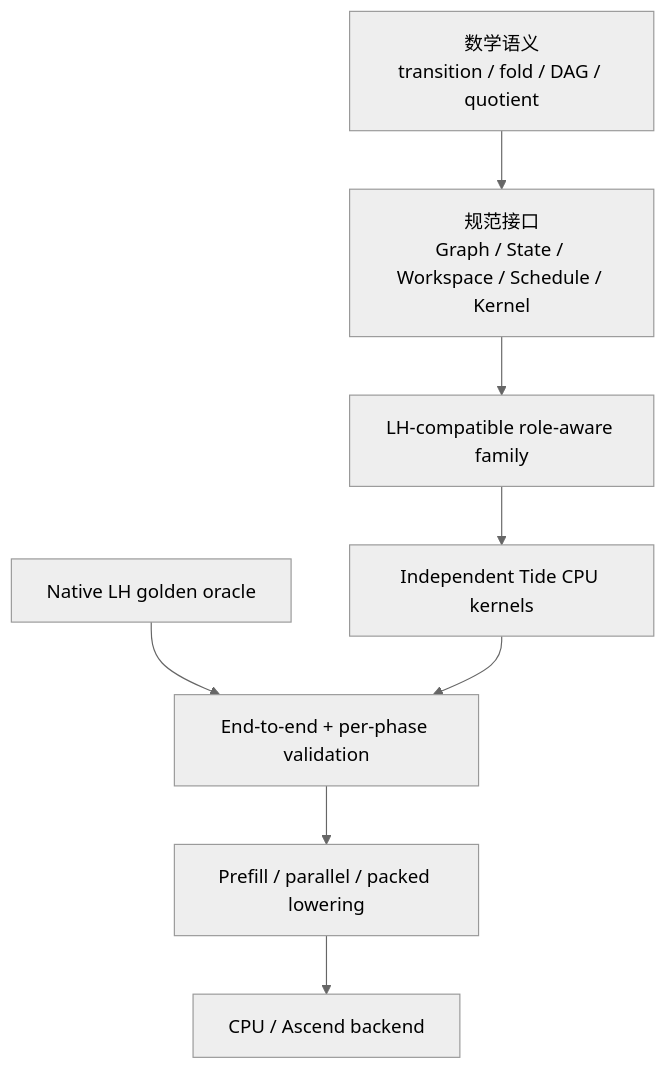
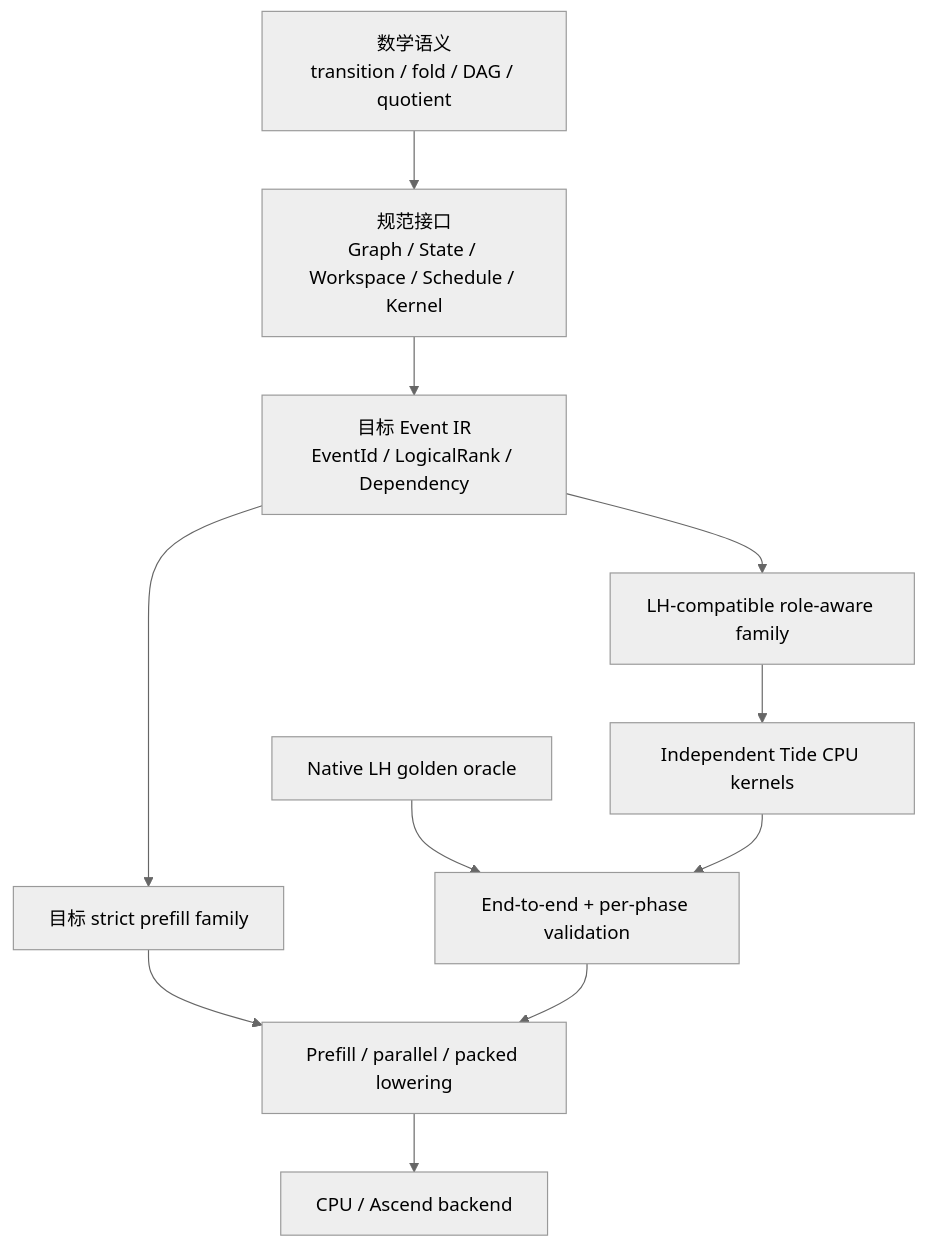
One commit to ZichaoLong/ObsidianVault changed the diagram in 20-tide-decentralized-neural-network/current-architecture-state.md. Above: the diagram before and after it, drawn with Mermaid (neutral theme). The commit also changed other lines of this file and 6 other files, not shown here.

````diff
--- a/20-tide-decentralized-neural-network/current-architecture-state.md
+++ b/20-tide-decentralized-neural-network/current-architecture-state.md
@@ -65,19 +67,24 @@
 ```mermaid
 flowchart TB
   Math["数学语义<br/>transition / fold / DAG / quotient"]
   Contract["规范接口<br/>Graph / State / Workspace / Schedule / Kernel"]
+  EventIR["目标 Event IR<br/>EventId / LogicalRank / Dependency"]
+  Strict["目标 strict prefill family"]
   LHSpec["LH-compatible role-aware family"]
   TideCPU["Independent Tide CPU kernels"]
   Native["Native LH golden oracle"]
   Validate["End-to-end + per-phase validation"]
   Optimize["Prefill / parallel / packed lowering"]
   Backend["CPU / Ascend backend"]
 
   Math --> Contract
-  Contract --> LHSpec
+  Contract --> EventIR
+  EventIR --> Strict
+  EventIR --> LHSpec
   LHSpec --> TideCPU
+  Strict --> Optimize
   Native --> Validate
   TideCPU --> Validate
   Validate --> Optimize
   Optimize --> Backend
 ```
````
